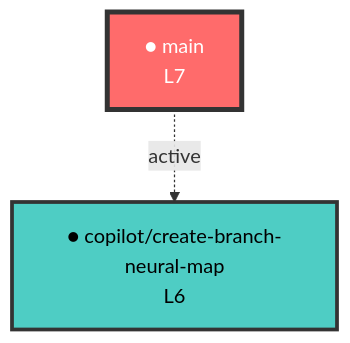
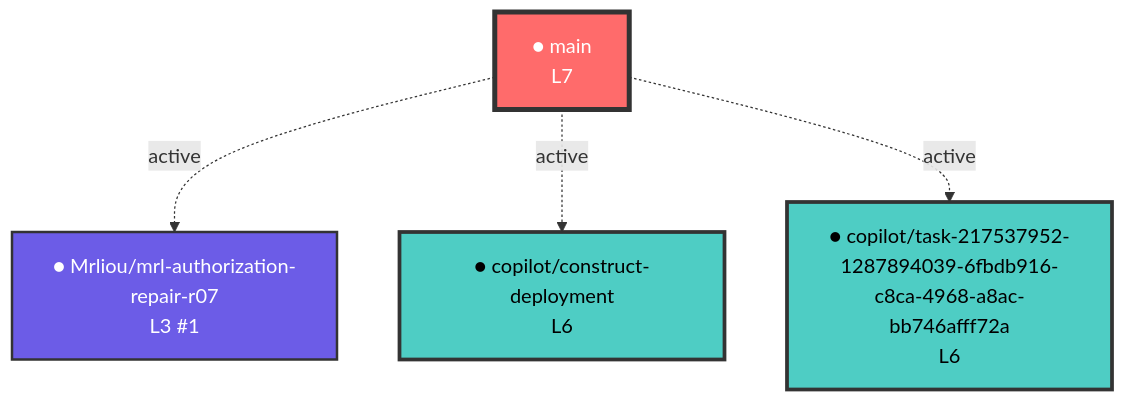
One commit to dofaromg/MRL_ASI_system changed the diagram in neural-links/synaptic-graph.mermaid. Above: the diagram before and after it, drawn with Mermaid. The commit also changed 1 other file, not shown here.

Commit message:
🧠 Auto-sync neural network map [skip ci]

````diff
--- a/neural-links/synaptic-graph.mermaid
+++ b/neural-links/synaptic-graph.mermaid
@@ -1,18 +1,22 @@
 ```mermaid
 graph TD
   %% 神經網絡分支圖譜 - origin_signature: MrLiouWord
 
   %% 節點定義
   main["● main<br/>L7"]:::trunk
-  copilot_create_branch_neural_map["● copilot/create-branch-neural-map<br/>L6"]:::cognitive
+  Mrliou_mrl_authorization_repair_r07["● Mrliou/mrl-authorization-repair-r07<br/>L3 #1"]:::experimental
+  copilot_construct_deployment["● copilot/construct-deployment<br/>L6"]:::cognitive
+  copilot_task_217537952_1287894039_6fbdb916_c8ca_4968_a8ac_bb746afff72a["● copilot/task-217537952-1287894039-6fbdb916-c8ca-4968-a8ac-bb746afff72a<br/>L6"]:::cognitive
 
   %% 連結定義
-  main -.->|active| copilot_create_branch_neural_map
+  main -.->|active| Mrliou_mrl_authorization_repair_r07
+  main -.->|active| copilot_construct_deployment
+  main -.->|active| copilot_task_217537952_1287894039_6fbdb916_c8ca_4968_a8ac_bb746afff72a
 
   %% 樣式定義
   classDef trunk fill:#ff6b6b,stroke:#333,stroke-width:4px,color:#fff
   classDef cognitive fill:#4ecdc4,stroke:#333,stroke-width:3px,color:#000
   classDef feature fill:#95e1d3,stroke:#333,stroke-width:2px,color:#000
   classDef hotfix fill:#f9ca24,stroke:#333,stroke-width:2px,color:#000
   classDef experimental fill:#6c5ce7,stroke:#333,stroke-width:2px,color:#fff
 ```
````
